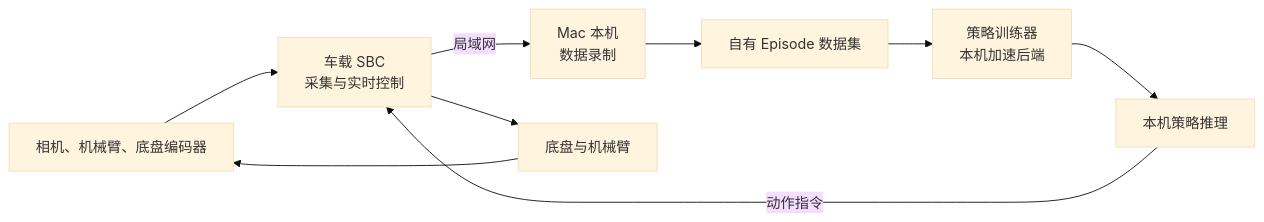
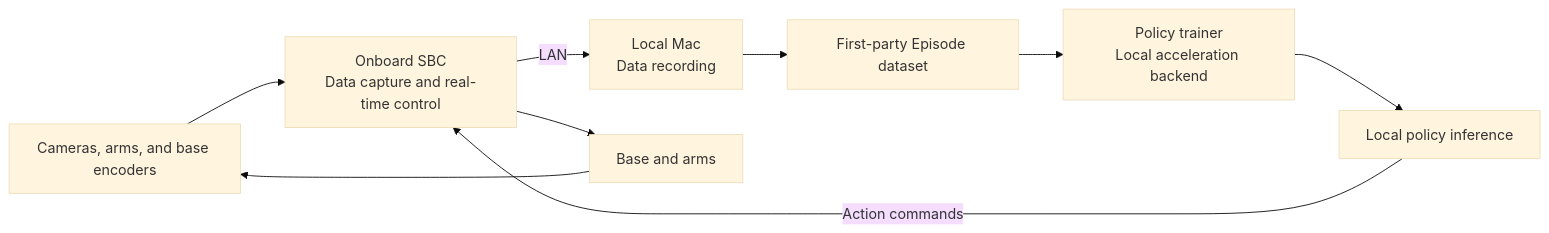
One commit to louisyoungx/hwr changed the diagram in docs/low-cost-platform-proposal.md. Above: the diagram before and after it, drawn with Mermaid (base theme). The commit also changed other lines of this file and 52 other files, not shown here.

````diff
--- a/docs/low-cost-platform-proposal.md
+++ b/docs/low-cost-platform-proposal.md
@@ -47,11 +47,11 @@
 ```mermaid
 flowchart LR
-    A[相机、机械臂、底盘编码器] --> B[车载 SBC<br/>采集与实时控制]
-    B -->|局域网| C[Mac 本机<br/>数据录制]
-    C --> D[自有 Episode 数据集]
-    D --> E[策略训练器<br/>本机加速后端]
-    E --> F[本机策略推理]
-    F -->|动作指令| B
-    B --> G[底盘与机械臂]
+    A[Cameras, arms, and base encoders] --> B[Onboard SBC<br/>Data capture and real-time control]
+    B -->|LAN| C[Local Mac<br/>Data recording]
+    C --> D[First-party Episode dataset]
+    D --> E[Policy trainer<br/>Local acceleration backend]
+    E --> F[Local policy inference]
+    F -->|Action commands| B
+    B --> G[Base and arms]
     G --> A
 ```
````
